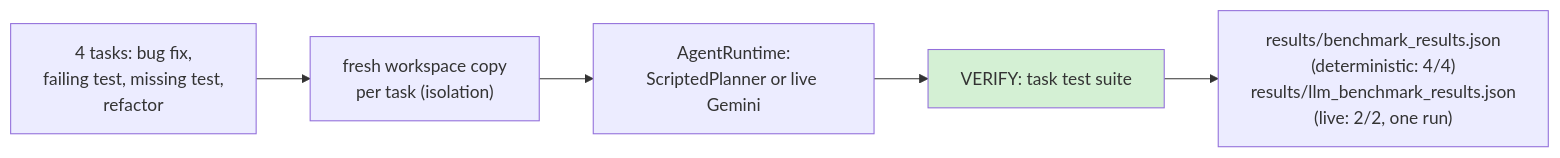
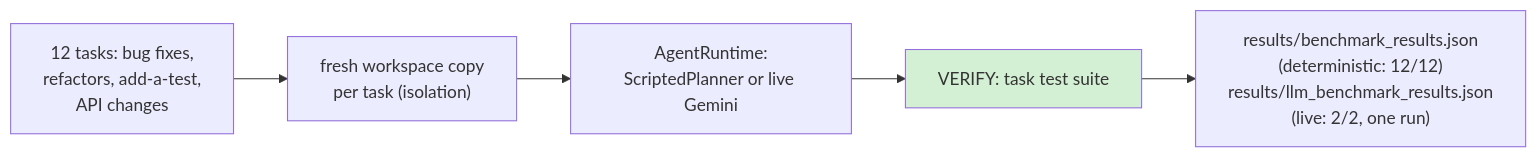
The fifth of 5 diagrams in README.md (vaibhav3000/repo-engineer), drawn with Mermaid before and after one commit. The commit also changed other lines of this file and 6 other files, not shown here.

````diff
--- a/README.md
+++ b/README.md
@@ -190,8 +216,8 @@
 ```mermaid
 flowchart LR
-    T["4 tasks: bug fix,<br/>failing test, missing test,<br/>refactor"] --> C["fresh workspace copy<br/>per task (isolation)"]
+    T["12 tasks: bug fixes,<br/>refactors, add-a-test,<br/>API changes"] --> C["fresh workspace copy<br/>per task (isolation)"]
     C --> R["AgentRuntime:<br/>ScriptedPlanner or live Gemini"]
     R --> V["VERIFY: task test suite"]
-    V --> RES["results/benchmark_results.json<br/>(deterministic: 4/4)<br/>results/llm_benchmark_results.json<br/>(live: 2/2, one run)"]
+    V --> RES["results/benchmark_results.json<br/>(deterministic: 12/12)<br/>results/llm_benchmark_results.json<br/>(live: 2/2, one run)"]
     style V fill:#d4f0d4
 ```
````
